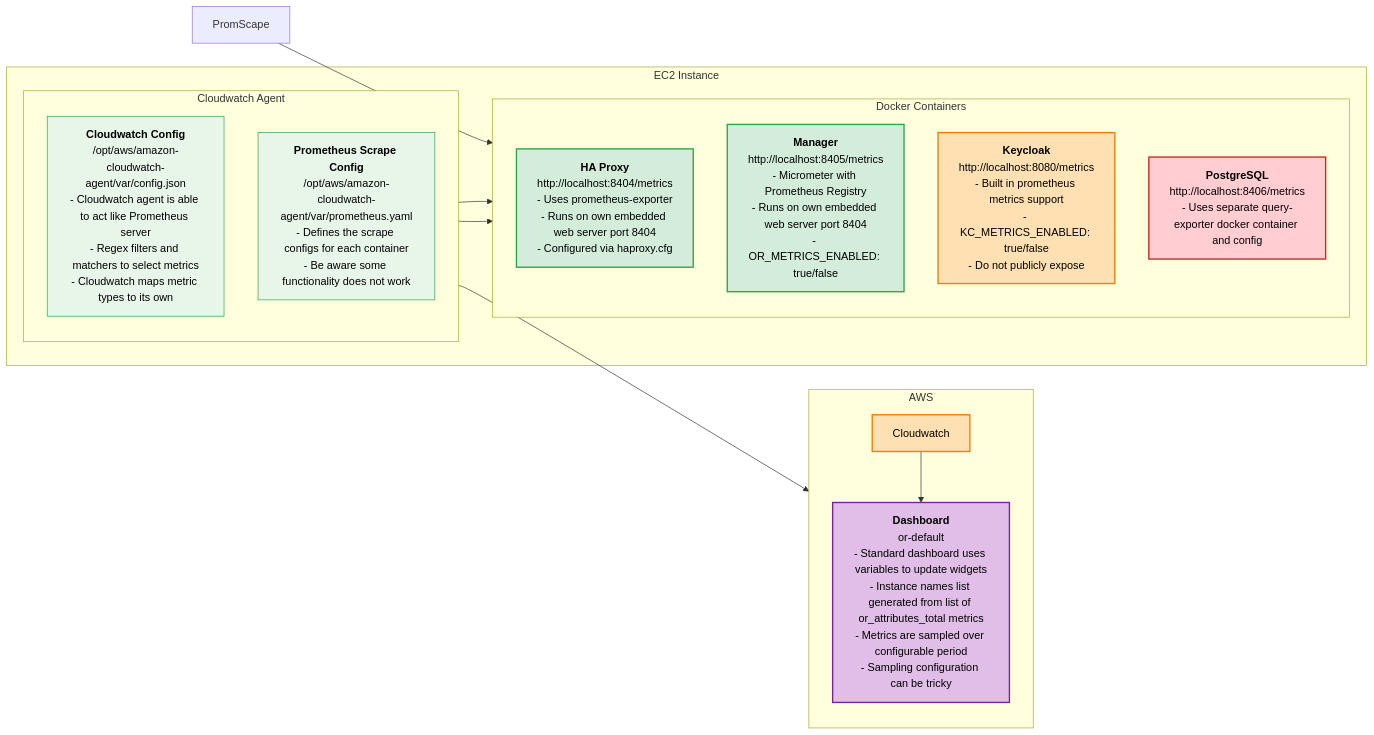
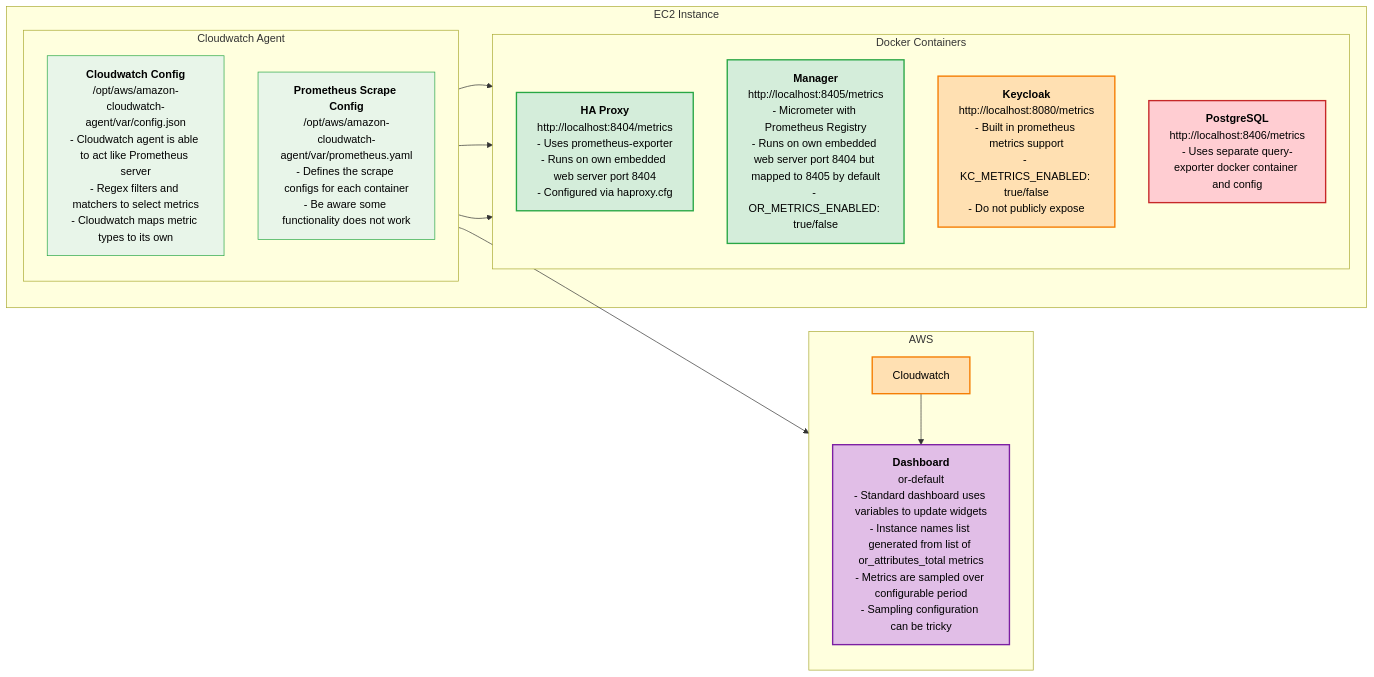
One commit to openremote/documentation changed the diagram in docs/user-guide/metrics.md. Above: the diagram before and after it, drawn with Mermaid. The commit also changed 2 other files, not shown here.

````diff
--- a/docs/user-guide/metrics.md
+++ b/docs/user-guide/metrics.md
@@ -5,40 +5,40 @@
 ```mermaid
 graph LR
     %% Styling Definitions
     classDef greenStyle fill:#d4edda,stroke:#28a745,stroke-width:2px,color:#000;
     classDef innerGreenStyle fill:#e8f5e9,stroke:#28a745,stroke-width:1px,color:#000;
     classDef orangeStyle fill:#ffe0b2,stroke:#f57c00,stroke-width:2px,color:#000;
     classDef redStyle fill:#ffcdd2,stroke:#c62828,stroke-width:2px,color:#000;
     classDef purpleStyle fill:#e1bee7,stroke:#7b1fa2,stroke-width:2px,color:#000;
 
     subgraph AWS [AWS]
         direction TB
         CW[Cloudwatch]:::orangeStyle
         DB["<b>Dashboard</b><br/>or-default<br/>- Standard dashboard uses variables to update widgets<br/>- Instance names list generated from list of or_attributes_total metrics<br/>- Metrics are sampled over configurable period<br/>- Sampling configuration can be tricky"]:::purpleStyle
     end
 
     subgraph EC2 [EC2 Instance]
         
         subgraph CWAgent [Cloudwatch Agent]
             direction TB
             CWConfig["<b>Cloudwatch Config</b><br/>/opt/aws/amazon-cloudwatch-agent/var/config.json<br/>- Cloudwatch agent is able to act like Prometheus server<br/>- Regex filters and matchers to select metrics<br/>- Cloudwatch maps metric types to its own"]:::innerGreenStyle
             PromScrape["<b>Prometheus Scrape Config</b><br/>/opt/aws/amazon-cloudwatch-agent/var/prometheus.yaml<br/>- Defines the scrape configs for each container<br/>- Be aware some functionality does not work"]:::innerGreenStyle
         end
 
         subgraph Docker [Docker Containers]
             direction TB
             HAProxy["<b>HA Proxy</b><br/>http://localhost:8404/metrics<br/>- Uses prometheus-exporter<br/>- Runs on own embedded web server port 8404<br/>- Configured via haproxy.cfg"]:::greenStyle
-            Manager["<b>Manager</b><br/>http://localhost:8405/metrics<br/>- Micrometer with Prometheus Registry<br/>- Runs on own embedded web server port 8404<br/>- OR_METRICS_ENABLED: true/false"]:::greenStyle
+            Manager["<b>Manager</b><br/>http://localhost:8405/metrics<br/>- Micrometer with Prometheus Registry<br/>- Runs on own embedded web server port 8404 but mapped to 8405 by default<br/>- OR_METRICS_ENABLED: true/false"]:::greenStyle
             Keycloak["<b>Keycloak</b><br/>http://localhost:8080/metrics<br/>- Built in prometheus metrics support<br/>- KC_METRICS_ENABLED: true/false<br/>- Do not publicly expose"]:::orangeStyle
             PostgreSQL["<b>PostgreSQL</b><br/>http://localhost:8406/metrics<br/>- Uses separate query-exporter docker container and config"]:::redStyle
         end
     end
 
     %% Connections
     PromScrape --> Manager
     PromScrape --> HAProxy
-    PromScape --> PostgreSQL
+    PromScrape --> PostgreSQL
     CWAgent --> CW
     CW --> DB
 
 ```
````
